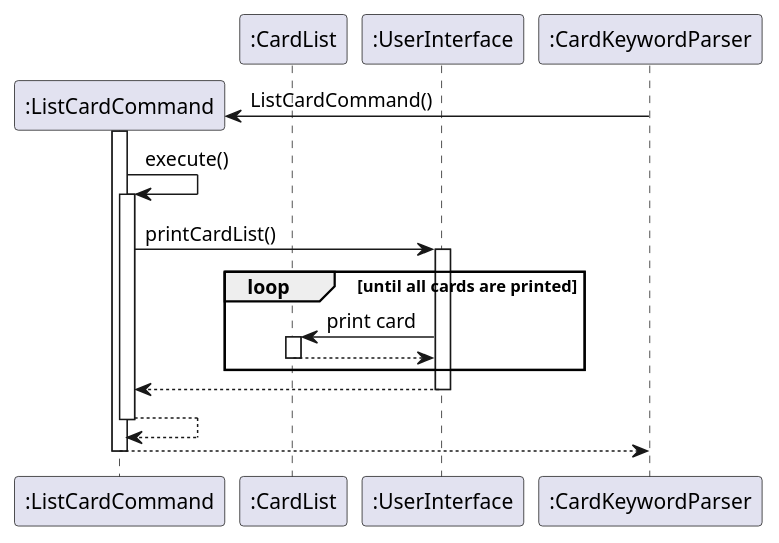
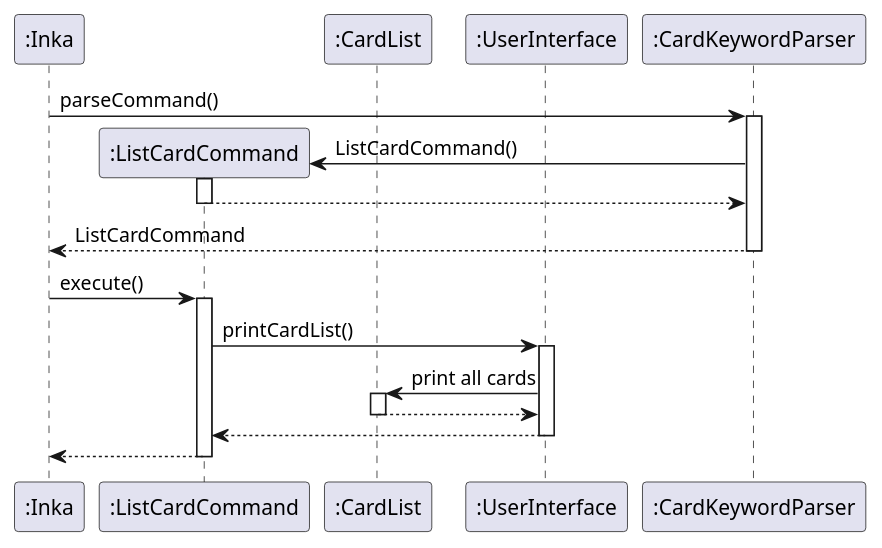
Before and after one commit to nus-cs2113-AY2223S2/tp: the diagram in docs/uml/CardListSequence.puml, drawn with PlantUML. The commit also changed 9 other files, not shown here.

Commit message:
Update sequence diagrams for more accurate constructor calls and etc

```diff
--- a/docs/uml/CardListSequence.puml
+++ b/docs/uml/CardListSequence.puml
@@ -1,28 +1,31 @@
 @startuml CardListSequence
 
 autoactivate on
 
+participant ":Inka" as Inka
 participant ":ListCardCommand" as ListCardCommand
 participant ":CardList" as CardList
 participant ":UserInterface" as UserInterface
 participant ":CardKeywordParser" as CardKeywordParser
 
+Inka -> CardKeywordParser : parseCommand()
 
 Create ListCardCommand
 CardKeywordParser -> ListCardCommand : ListCardCommand()
 
-ListCardCommand -> ListCardCommand : execute()
+return
+
+return ListCardCommand
+
+
+Inka -> ListCardCommand : execute()
 ListCardCommand -> UserInterface : printCardList()
 
-loop until all cards are printed
-  UserInterface -> CardList : print card
-  return
-end loop
-
+UserInterface -> CardList : print all cards
 return
 
 return
 
 return
 
 @enduml
```
